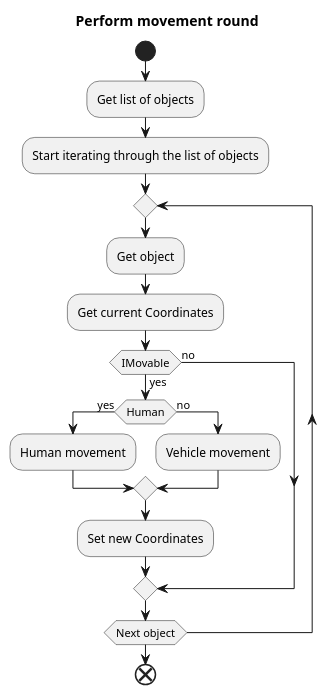
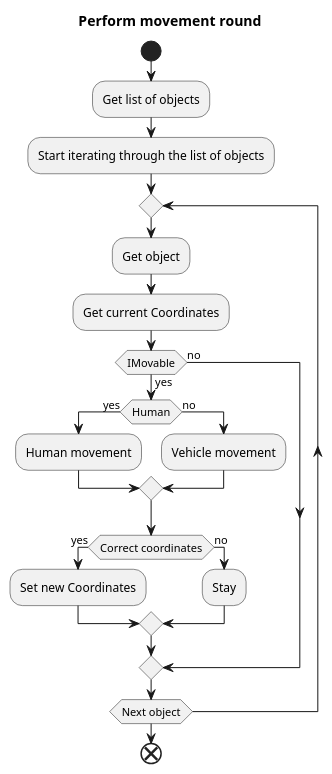
Before and after one commit to karolWazny/plague-repo: the diagram in dokumentacja/Activity_diagram/Movement_diagram/movement_activity_diagram1.plantuml, drawn with PlantUML. The commit also changed 3 other files, not shown here.

Commit message:
Kolejne diagramy

```diff
--- a/dokumentacja/Activity_diagram/Movement_diagram/movement_activity_diagram1.plantuml
+++ b/dokumentacja/Activity_diagram/Movement_diagram/movement_activity_diagram1.plantuml
@@ -1,20 +1,24 @@
 @startuml Perform movement round
 title Perform movement round
 start
 :Get list of objects;
 :Start iterating through the list of objects;
 repeat
 :Get object;
 :Get current Coordinates;
 if(IMovable) then (yes)
     if(Human) then (yes)
         :Human movement;
     else (no)
         :Vehicle movement;
     endif 
+    if(Correct coordinates) then (yes)
     :Set new Coordinates;
+    else (no)
+    :Stay;
+    endif
 else (no)
 endif 
 repeat while(Next object);
 end 
 @enduml
```
